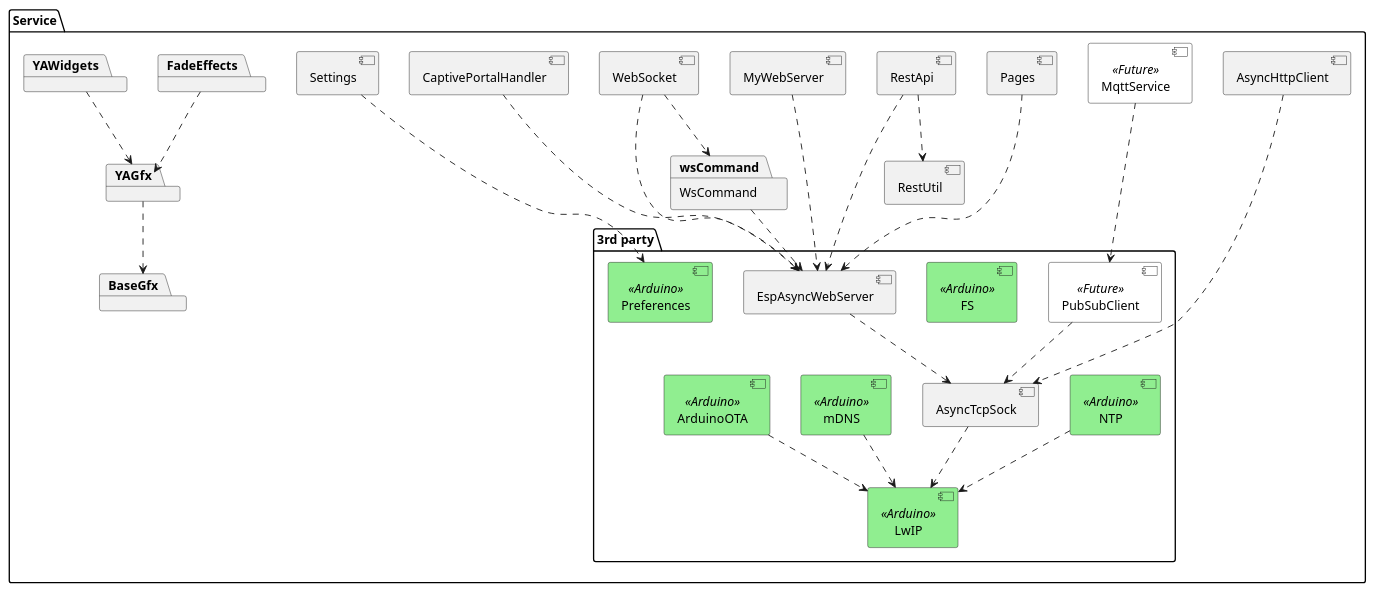
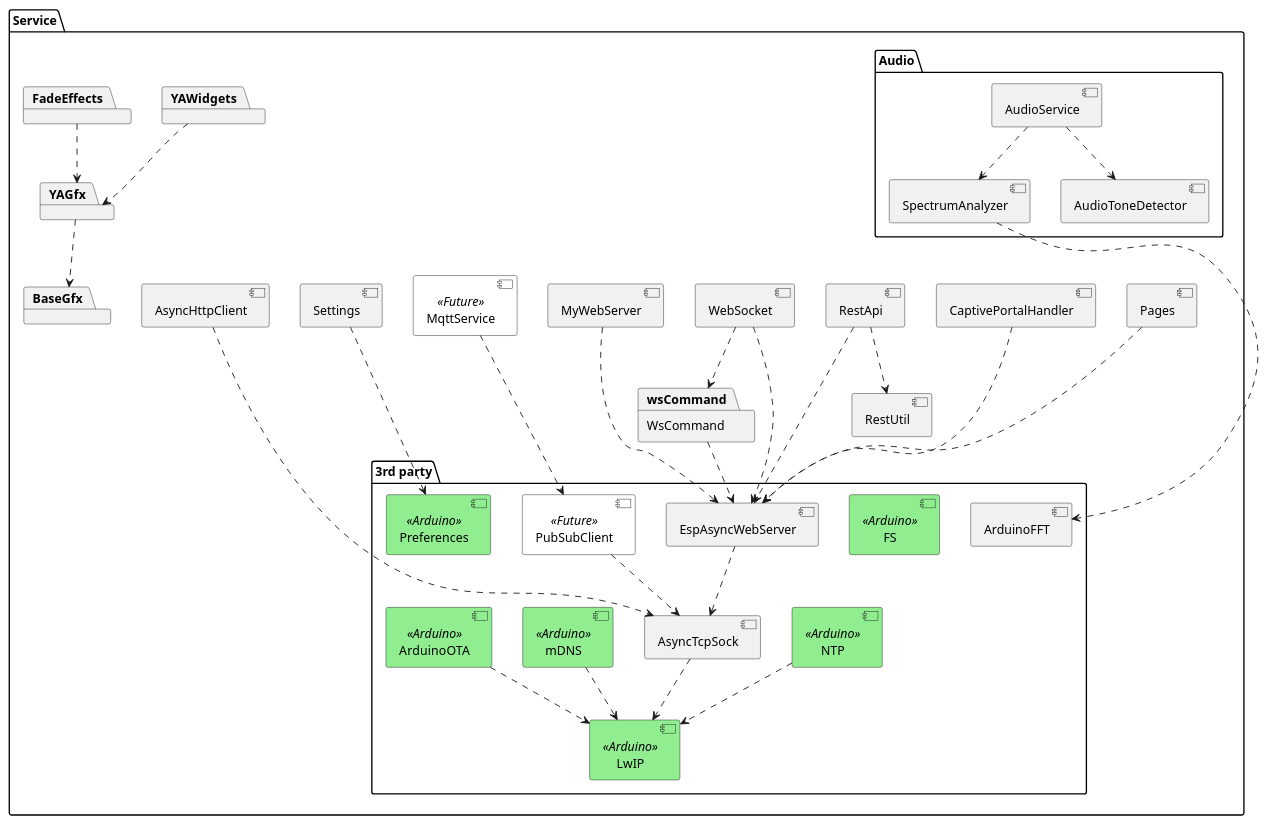
Before and after one commit to BlueAndi/Pixelix: the diagram in doc/architecture/uml/service_layer.wsd, drawn with PlantUML. The commit also changed 17 other files, not shown here.

Commit message:
Audio service introduced

```diff
--- a/doc/architecture/uml/service_layer.wsd
+++ b/doc/architecture/uml/service_layer.wsd
@@ -1,68 +1,80 @@
 @startuml
 
 skinparam component {
     BackgroundColor<<Arduino>> Lightgreen
     BackgroundColor<<Future>> White
 }
 
 package "Service" as service {
     component "RestApi" as restApi
     component "RestUtil" as restUtil
     component "MqttService" as mqttService <<Future>>
     component "WebSocket" as webSocket
     component "Settings" as settings
     component "MyWebServer" as myWebServer
     component "Pages" as pages
     component "AsyncHttpClient" as asnyHttpClient
     component "CaptivePortalHandler" as captivePortalHandler
+
+    package "Audio" as audio {
+        component "SpectrumAnalyzer" as spectrumAnalyzer
+        component "AudioToneDetector" as audioToneDetector
+        component "AudioService" as audioService
+
+        audioService ..> spectrumAnalyzer
+        audioService ..> audioToneDetector
+    }
 
     package FadeEffects    
     package YAWidgets
     package YAGfx
     package BaseGfx
 
     FadeEffects ..> YAGfx
     YAWidgets ..> YAGfx
     YAGfx ..> BaseGfx
 
     package "3rd party" as service3rdParty {
         component "PubSubClient" as pubSubClient <<Future>>
         component "FS" as fs <<Arduino>>
         component "Preferences" as preferences <<Arduino>>
         component "NTP" as ntp <<Arduino>>
 
         component "EspAsyncWebServer" as webServer
         component "AsyncTcpSock" as tcp
         component "mDNS" as dns <<Arduino>>
         component "ArduinoOTA" <<Arduino>> as ota
         component "LwIP" <<Arduino>> as lwip
+        component "ArduinoFFT" as fft
 
         webServer ..> tcp
         pubSubClient ..> tcp
         tcp ..> lwip
         dns ..> lwip
         ota ..> lwip
         ntp ..> lwip
     }
 
     package "WsCommand" as wsCommand {
     }
 
     myWebServer ...> webServer
     pages ...> webServer
     asnyHttpClient ....> tcp
     captivePortalHandler ...> webServer
 
+    spectrumAnalyzer ....> fft
+
     restApi ...> webServer
     mqttService ...> pubSubClient
     webSocket ...> webServer
     settings ...> preferences
 
     restApi ..> restUtil
 
     webSocket ..> wsCommand
 
     wsCommand ..> webServer
 }
 
 @enduml
```
